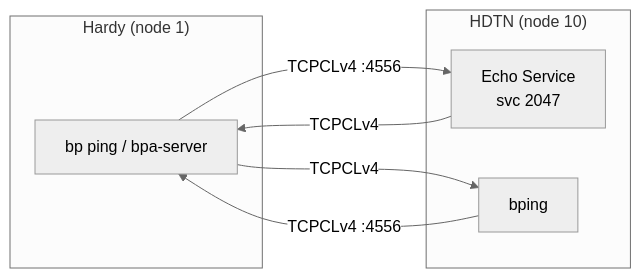
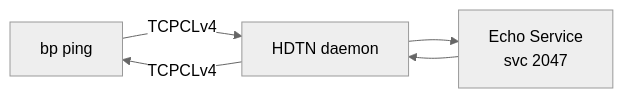
One commit to ricktaylor/hardy changed the first of 2 diagrams in tests/interop/HDTN/README.md. Above: the diagram before and after it, drawn with Mermaid (neutral theme). The commit also changed other lines of this file and 4 other files, not shown here.

Commit message:
Update diagrams for clarity

````diff
--- a/tests/interop/HDTN/README.md
+++ b/tests/interop/HDTN/README.md
@@ -31,16 +33,7 @@
 ```mermaid
 flowchart LR
-    subgraph Hardy ["Hardy (node 1)"]
-        BP["bp ping / bpa-server"]
-    end
-
-    subgraph HDTN ["HDTN (node 10)"]
-        ECHO["Echo Service<br/>svc 2047"]
-        BPING["bping"]
-    end
-
-    BP -- "TCPCLv4 :4556" --> ECHO
-    ECHO -- "TCPCLv4" --> BP
-    BPING -- "TCPCLv4 :4556" --> BP
-    BP -- "TCPCLv4" --> BPING
+    BP["bp ping"] -- "TCPCLv4" --> HDTN_BP["HDTN daemon"]
+    HDTN_BP --> ECHO["Echo Service<br/>svc 2047"]
+    ECHO --> HDTN_BP
+    HDTN_BP -- "TCPCLv4" --> BP
 ```
````
